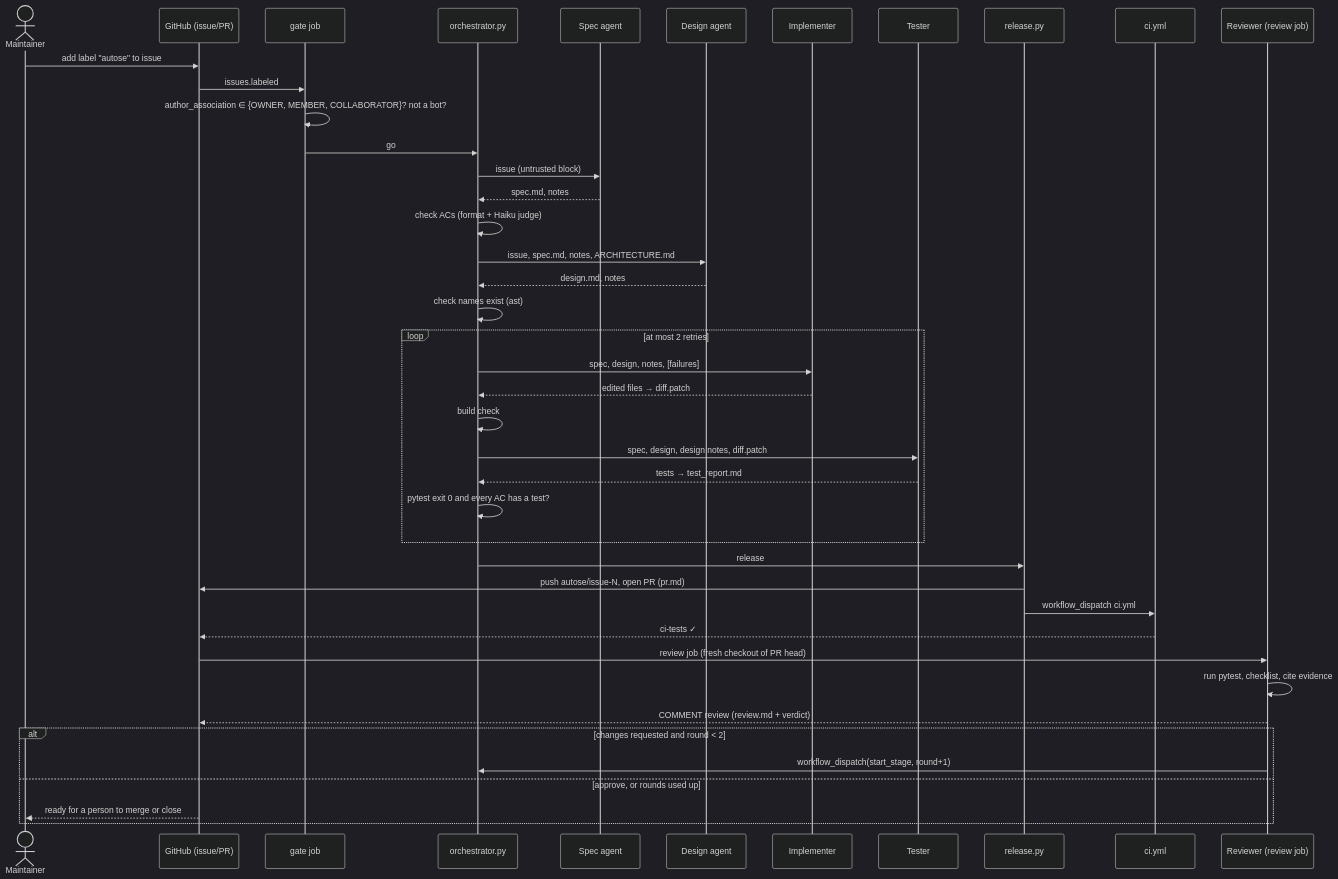
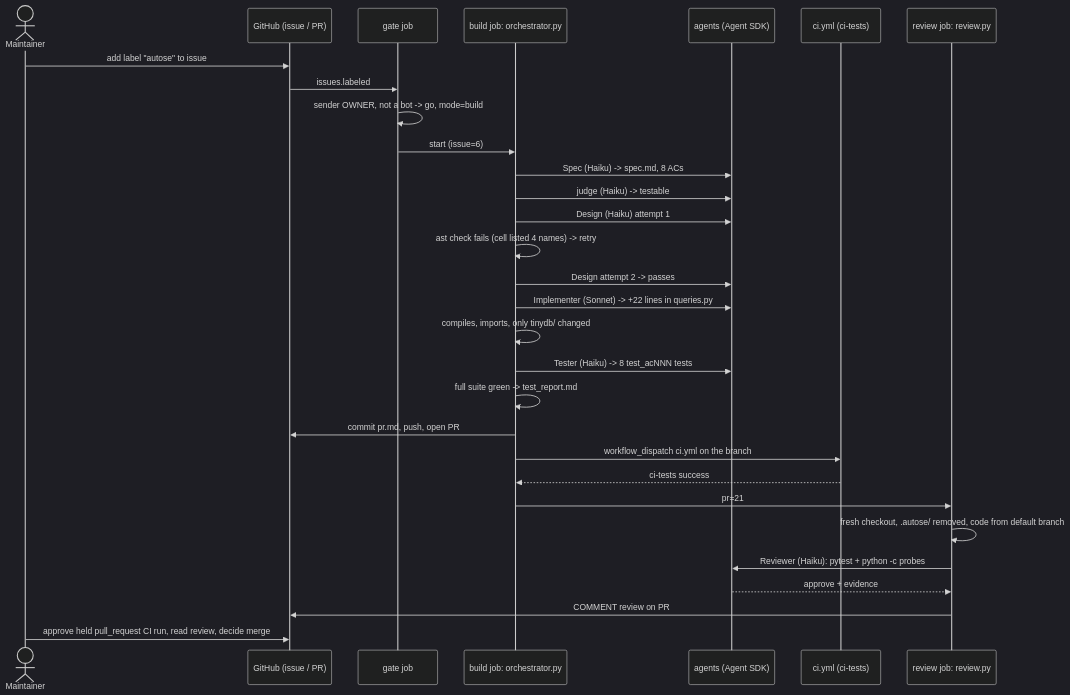
One commit to RajaiTarun/autose-a3-tinydb changed the diagram in architecture/views/sequence.md. Above: the diagram before and after it, drawn with Mermaid (dark theme). The commit also changed other lines of this file and 26 other files, not shown here.

First line of the commit message:
Deliverables: report, results, runs, variants, hidden tests, seeded PR checks, real sequence view

````diff
--- a/architecture/views/sequence.md
+++ b/architecture/views/sequence.md
@@ -5,45 +3,32 @@
 ```mermaid
 sequenceDiagram
-    actor M as Maintainer
-    participant GH as GitHub (issue/PR)
-    participant G as gate job
-    participant O as orchestrator.py
-    participant S as Spec agent
-    participant D as Design agent
-    participant I as Implementer
-    participant T as Tester
-    participant R as release.py
-    participant CI as ci.yml
-    participant RV as Reviewer (review job)
-
-    M->>GH: add label "autose" to issue #N
-    GH->>G: issues.labeled
-    G->>G: author_association ∈ {OWNER, MEMBER, COLLABORATOR}? not a bot?
-    G->>O: go
-    O->>S: issue (untrusted block)
-    S-->>O: spec.md, notes
-    O->>O: check ACs (format + Haiku judge)
-    O->>D: issue, spec.md, notes, ARCHITECTURE.md
-    D-->>O: design.md, notes
-    O->>O: check names exist (ast)
-    loop at most 2 retries
-        O->>I: spec, design, notes, [failures]
-        I-->>O: edited files → diff.patch
-        O->>O: build check
-        O->>T: spec, design, design notes, diff.patch
-        T-->>O: tests → test_report.md
-        O->>O: pytest exit 0 and every AC has a test?
-    end
-    O->>R: release
-    R->>GH: push autose/issue-N, open PR (pr.md)
-    R->>CI: workflow_dispatch ci.yml
-    CI-->>GH: ci-tests ✓
-    GH->>RV: review job (fresh checkout of PR head)
-    RV->>RV: run pytest, checklist, cite evidence
-    RV-->>GH: COMMENT review (review.md + verdict)
-    alt changes requested and round < 2
-        RV->>O: workflow_dispatch(start_stage, round+1)
-    else approve, or rounds used up
-        GH-->>M: ready for a person to merge or close
-    end
+  actor M as Maintainer
+  participant GH as GitHub (issue / PR)
+  participant G as gate job
+  participant O as build job: orchestrator.py
+  participant A as agents (Agent SDK)
+  participant CI as ci.yml (ci-tests)
+  participant R as review job: review.py
+  M->>GH: add label "autose" to issue #6
+  GH->>G: issues.labeled
+  G->>G: sender OWNER, not a bot -> go, mode=build
+  G->>O: start (issue=6)
+  O->>A: Spec (Haiku) -> spec.md, 8 ACs
+  O->>A: judge (Haiku) -> testable
+  O->>A: Design (Haiku) attempt 1
+  O->>O: ast check fails (cell listed 4 names) -> retry
+  O->>A: Design attempt 2 -> passes
+  O->>A: Implementer (Sonnet) -> +22 lines in queries.py
+  O->>O: compiles, imports, only tinydb/ changed
+  O->>A: Tester (Haiku) -> 8 test_acNNN tests
+  O->>O: full suite green -> test_report.md
+  O->>GH: commit pr.md, push, open PR #21
+  O->>CI: workflow_dispatch ci.yml on the branch
+  CI-->>O: ci-tests success
+  O->>R: pr=21
+  R->>R: fresh checkout, .autose/ removed, code from default branch
+  R->>A: Reviewer (Haiku): pytest + python -c probes
+  A-->>R: approve + evidence
+  R->>GH: COMMENT review on PR #21
+  M->>GH: approve held pull_request CI run, read review, decide merge
 ```
````
